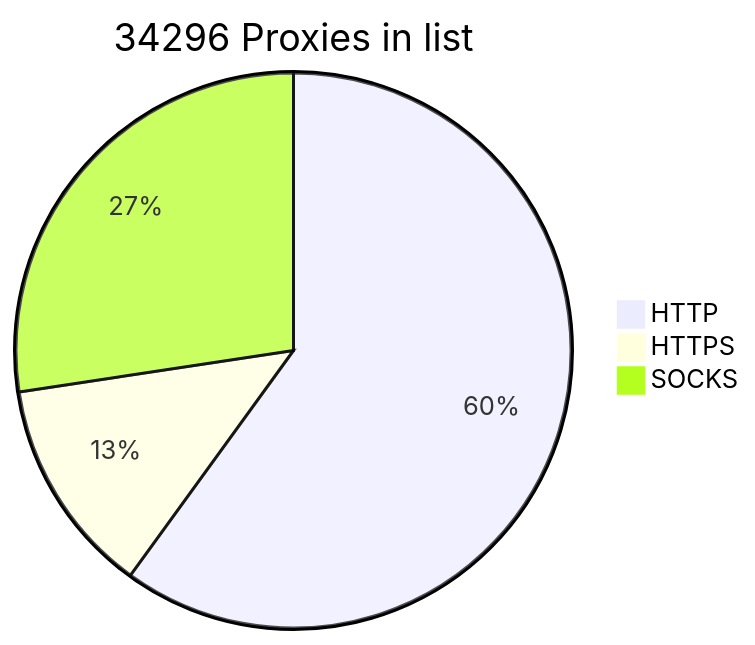
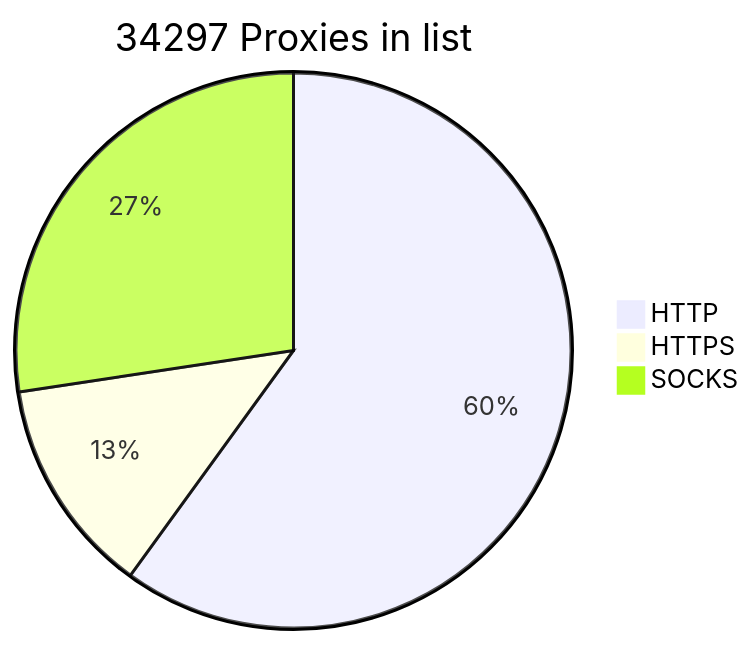
The diagram in README.md (BlackSnowDot/proxylist-update-every-minute), drawn with Mermaid before and after one commit.

````diff
--- a/README.md
+++ b/README.md
@@ -2,6 +2,6 @@
 ```mermaid
-pie title 34296 Proxies in list
+pie title 34297 Proxies in list
     "HTTP" : 22788
     "HTTPS": 4794
-    "SOCKS" : 10405
+    "SOCKS" : 10406
 ```
````
